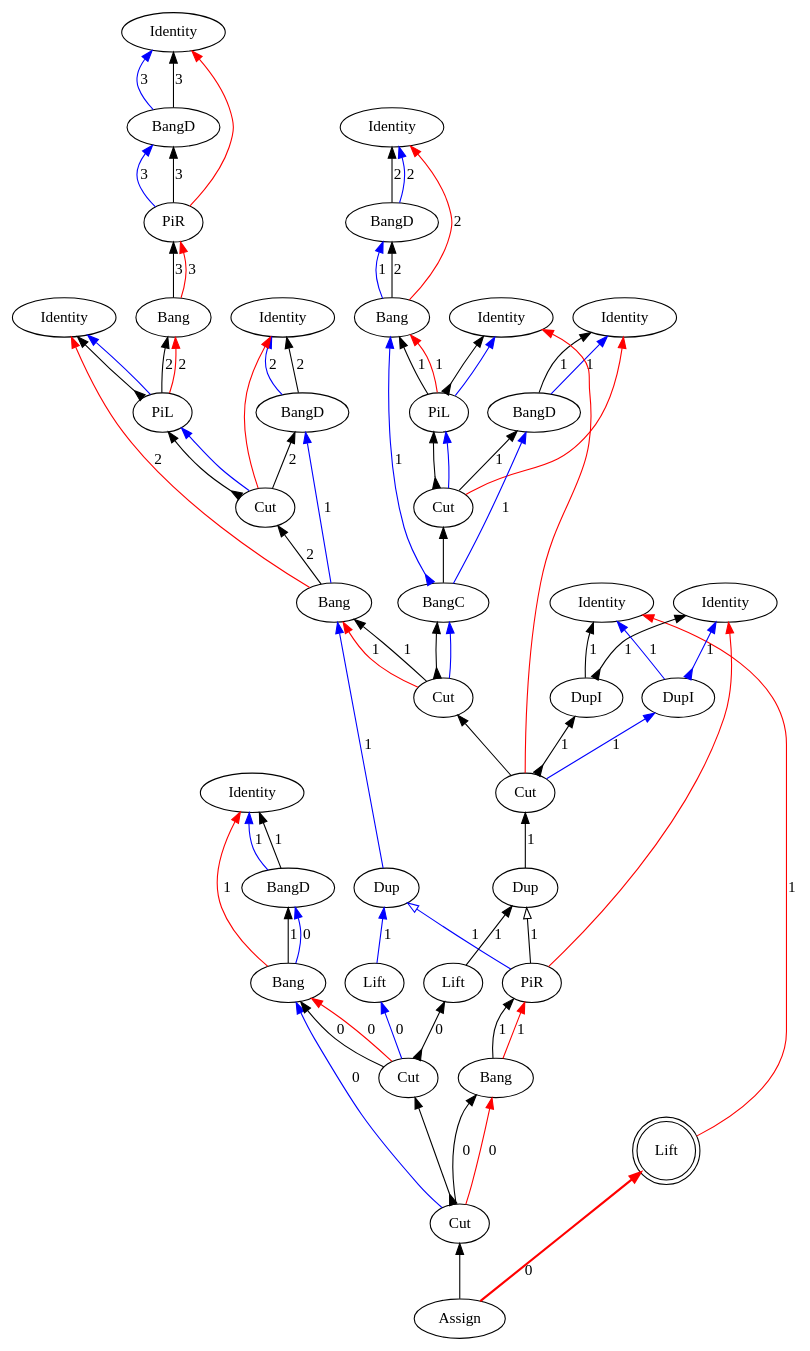
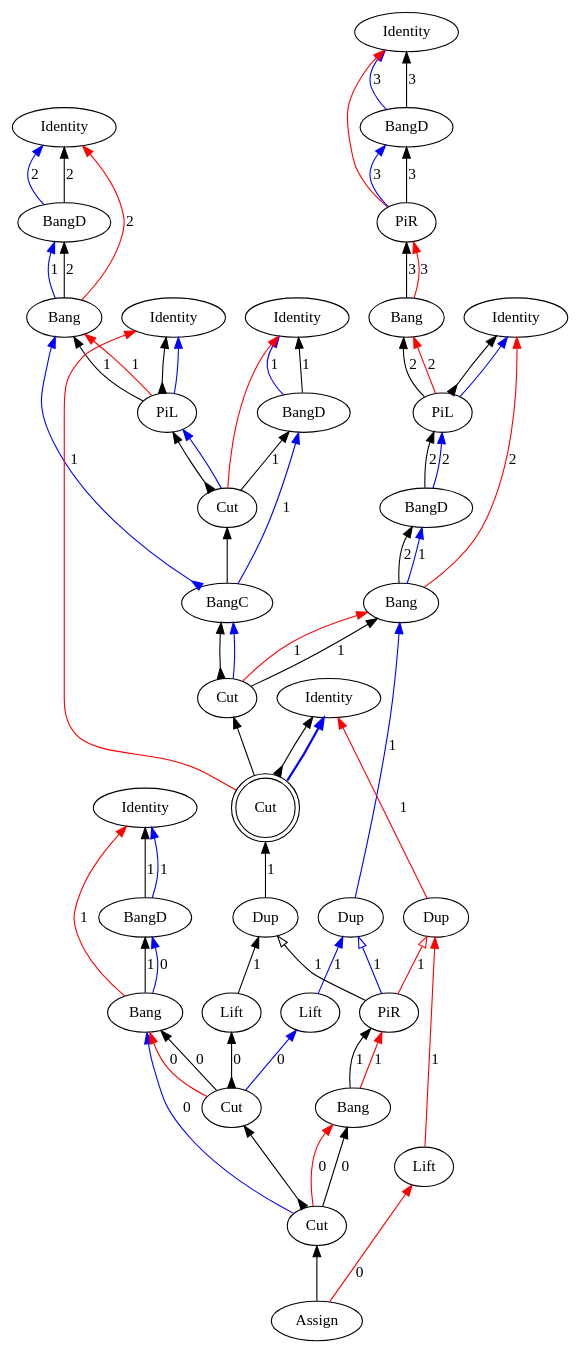
The diagram in src/core/graphs/example_m_13.dot (Mathnerd314/stroscot), drawn with Graphviz before and after one commit. The commit also changed 37 other files, not shown here.

```diff
--- a/src/core/graphs/example_m_13.dot
+++ b/src/core/graphs/example_m_13.dot
@@ -6,111 +6,100 @@
 "Bang3" [label="Bang"]
 "Identity4" [label="Identity"]
 "PiL5" [label="PiL"]
-"Identity6" [label="Identity"]
-"BangD7" [label="BangD"]
-"Cut8" [label="Cut"]
-"Bang9" [label="Bang"]
-"Identity10" [label="Identity"]
-"BangD11" [label="BangD"]
-"Bang12" [label="Bang"]
-"Identity13" [label="Identity"]
-"PiL14" [label="PiL"]
-"Identity15" [label="Identity"]
-"BangD16" [label="BangD"]
-"Cut17" [label="Cut"]
-"BangC18" [label="BangC"]
-"Identity19" [label="Identity"]
-"BangD20" [label="BangD"]
-"Bang21" [label="Bang"]
-"Assign22" [label="Assign"]
-"Cut23" [label="Cut"]
-"Cut24" [label="Cut"]
-"Bang25" [label="Bang"]
-"Cut26" [label="Cut"]
-"PiR27" [label="PiR"]
+"BangD6" [label="BangD"]
+"Bang7" [label="Bang"]
+"Identity8" [label="Identity"]
+"Identity9" [label="Identity"]
+"BangD10" [label="BangD"]
+"Bang11" [label="Bang"]
+"Identity12" [label="Identity"]
+"PiL13" [label="PiL"]
+"Identity14" [label="Identity"]
+"BangD15" [label="BangD"]
+"Cut16" [label="Cut"]
+"BangC17" [label="BangC"]
+"Identity18" [label="Identity"]
+"BangD19" [label="BangD"]
+"Bang20" [label="Bang"]
+"Assign21" [label="Assign"]
+"Cut22" [label="Cut"]
+"Cut23" [label="Cut",shape=doublecircle]
+"Bang24" [label="Bang"]
+"Cut25" [label="Cut"]
+"PiR26" [label="PiR"]
+"Dup27" [label="Dup"]
 "Dup28" [label="Dup"]
 "Dup29" [label="Dup"]
 "Lift30" [label="Lift"]
 "Lift31" [label="Lift"]
-"Lift32" [label="Lift",shape=doublecircle]
+"Lift32" [label="Lift"]
 "Cut33" [label="Cut"]
-"Identity34" [label="Identity"]
-"Identity35" [label="Identity"]
-"DupI36" [label="DupI"]
-"DupI37" [label="DupI"]
-"Bang21" -> "BangD20"[color=black,weight=5,tooltip="c_bseq24",label="1",arrowhead=normal,arrowtail=none,dir=both]
-"Bang12" -> "BangD11"[color=black,weight=5,tooltip="c_bseq58",label="2",arrowhead=normal,arrowtail=none,dir=both]
-"Bang9" -> "Cut8"[color=black,weight=5,tooltip="c_bseq67",label="2",arrowhead=normal,arrowtail=none,dir=both]
+"Bang20" -> "BangD19"[color=black,weight=5,tooltip="c_bseq24",label="1",arrowhead=normal,arrowtail=none,dir=both]
+"Bang11" -> "BangD10"[color=black,weight=5,tooltip="c_bseq58",label="2",arrowhead=normal,arrowtail=none,dir=both]
+"Bang7" -> "BangD6"[color=black,weight=5,tooltip="c_bseq67",label="2",arrowhead=normal,arrowtail=none,dir=both]
 "Bang3" -> "PiR2"[color=black,weight=5,tooltip="c_bseq79",label="3",arrowhead=normal,arrowtail=none,dir=both]
-"Bang25" -> "PiR27"[color=black,weight=5,tooltip="c_bseq91",label="1",arrowhead=normal,arrowtail=none,dir=both]
-"Cut17" -> "PiL14"[color=black,weight=5,tooltip="c_lseq46",arrowhead=normal,arrowtail=inv,dir=both]
-"Cut8" -> "PiL5"[color=black,weight=5,tooltip="c_lseq68",arrowhead=normal,arrowtail=inv,dir=both]
-"Cut17" -> "BangD16"[color=black,weight=5,tooltip="c_rseq47",label="1",arrowhead=normal,arrowtail=none,dir=both]
-"Cut8" -> "BangD7"[color=black,weight=5,tooltip="c_rseq69",label="2",arrowhead=normal,arrowtail=none,dir=both]
-"Cut33" -> "Bang21"[color=black,weight=5,tooltip="dseq20",label="0",arrowhead=normal,arrowtail=none,dir=both]
-"PiL14" -> "Bang12"[color=black,weight=5,tooltip="dseq54",label="1",arrowhead=normal,arrowtail=none,dir=both]
-"Cut23" -> "Bang9"[color=black,weight=5,tooltip="dseq63",label="1",arrowhead=normal,arrowtail=none,dir=both]
+"Bang24" -> "PiR26"[color=black,weight=5,tooltip="c_bseq91",label="1",arrowhead=normal,arrowtail=none,dir=both]
+"Cut16" -> "PiL13"[color=black,weight=5,tooltip="c_lseq46",arrowhead=normal,arrowtail=inv,dir=both]
+"Cut16" -> "BangD15"[color=black,weight=5,tooltip="c_rseq47",label="1",arrowhead=normal,arrowtail=none,dir=both]
+"Cut33" -> "Bang20"[color=black,weight=5,tooltip="dseq20",label="0",arrowhead=normal,arrowtail=none,dir=both]
+"PiL13" -> "Bang11"[color=black,weight=5,tooltip="dseq54",label="1",arrowhead=normal,arrowtail=none,dir=both]
+"Cut22" -> "Bang7"[color=black,weight=5,tooltip="dseq63",label="1",arrowhead=normal,arrowtail=none,dir=both]
 "PiL5" -> "Bang3"[color=black,weight=5,tooltip="dseq76",label="2",arrowhead=normal,arrowtail=none,dir=both]
-"Cut26" -> "Bang25"[color=black,weight=5,tooltip="dseq93",label="0",arrowhead=normal,arrowtail=none,dir=both]
-"Lift31" -> "Dup29"[color=blue,weight=2,tooltip="h101",label="1",arrowhead=normal,arrowtail=none,dir=both]
-"PiR27" -> "Dup29"[color=blue,weight=2,tooltip="h105",label="1",arrowhead=onormal,arrowtail=none,dir=both]
+"Cut25" -> "Bang24"[color=black,weight=5,tooltip="dseq93",label="0",arrowhead=normal,arrowtail=none,dir=both]
+"Lift31" -> "Dup28"[color=blue,weight=2,tooltip="h101",label="1",arrowhead=normal,arrowtail=none,dir=both]
+"PiR26" -> "Dup28"[color=blue,weight=2,tooltip="h105",label="1",arrowhead=onormal,arrowtail=none,dir=both]
 "Cut33" -> "Lift31"[color=blue,weight=2,tooltip="h109",label="0",arrowhead=normal,arrowtail=none,dir=both]
-"Dup29" -> "Bang9"[color=blue,weight=2,tooltip="h34",label="1",arrowhead=normal,arrowtail=none,dir=both]
-"Bang9" -> "BangD7"[color=blue,weight=2,tooltip="hf65",label="1",arrowhead=normal,arrowtail=none,dir=both]
-"BangD7" -> "Identity6"[color=blue,weight=2,tooltip="hret73",label="2",arrowhead=normal,arrowtail=none,dir=both]
-"BangD7" -> "Identity6"[color=black,weight=5,tooltip="hseq72",label="2",arrowhead=normal,arrowtail=none,dir=both]
+"Dup28" -> "Bang7"[color=blue,weight=2,tooltip="h34",label="1",arrowhead=normal,arrowtail=none,dir=both]
+"Bang7" -> "BangD6"[color=blue,weight=2,tooltip="hf65",label="1",arrowhead=normal,arrowtail=none,dir=both]
+"BangD6" -> "PiL5"[color=black,weight=5,tooltip="hseq72",label="2",arrowhead=normal,arrowtail=none,dir=both]
 "PiR2" -> "BangD1"[color=blue,weight=2,tooltip="i81",label="3",arrowhead=normal,arrowtail=none,dir=both]
-"DupI36" -> "Identity34"[color=black,weight=5,tooltip="idseq113",label="1",arrowhead=normal,arrowtail=none,dir=both]
-"DupI36" -> "Identity35"[color=black,weight=5,tooltip="idseq115",label="1",arrowhead=normal,arrowtail=inv,dir=both]
-"PiL14" -> "Identity13"[color=black,weight=5,tooltip="idseq55",arrowhead=normal,arrowtail=inv,dir=both]
-"Cut24" -> "DupI36"[color=black,weight=5,tooltip="idseq64",label="1",arrowhead=normal,arrowtail=inv,dir=both]
+"PiL13" -> "Identity12"[color=black,weight=5,tooltip="idseq55",arrowhead=normal,arrowtail=inv,dir=both]
+"Cut23" -> "Identity8"[color=black,weight=5,tooltip="idseq64",arrowhead=normal,arrowtail=inv,dir=both]
 "PiL5" -> "Identity4"[color=black,weight=5,tooltip="idseq77",arrowhead=normal,arrowtail=inv,dir=both]
 "BangD1" -> "Identity0"[color=blue,weight=2,tooltip="iret84",label="3",arrowhead=normal,arrowtail=none,dir=both]
 "BangD1" -> "Identity0"[color=black,weight=5,tooltip="iseq83",label="3",arrowhead=normal,arrowtail=none,dir=both]
-"DupI37" -> "Identity34"[color=blue,weight=2,tooltip="lret114",label="1",arrowhead=normal,arrowtail=none,dir=both]
-"DupI37" -> "Identity35"[color=blue,weight=2,tooltip="lret116",label="1",arrowhead=normal,arrowtail=inv,dir=both]
-"PiL14" -> "Identity13"[color=blue,weight=2,tooltip="lret53",arrowhead=normal,arrowtail=none,dir=both]
-"Cut24" -> "DupI37"[color=blue,weight=2,tooltip="lret62",label="1",arrowhead=normal,arrowtail=none,dir=both]
+"PiL13" -> "Identity12"[color=blue,weight=2,tooltip="lret53",arrowhead=normal,arrowtail=none,dir=both]
+"Cut23" -> "Identity8"[color=blue,weight=2,tooltip="lret62",arrowhead=normal,arrowtail=none,penwidth=2,dir=both]
 "PiL5" -> "Identity4"[color=blue,weight=2,tooltip="lret75",arrowhead=normal,arrowtail=none,dir=both]
-"Cut17" -> "PiL14"[color=blue,weight=2,tooltip="lval48",arrowhead=normal,arrowtail=none,dir=both]
-"Cut8" -> "PiL5"[color=blue,weight=2,tooltip="lval70",arrowhead=normal,arrowtail=none,dir=both]
-"Cut33" -> "Bang21"[color=red,weight=2,tooltip="newrret18",label="0",arrowhead=normal,arrowtail=none,dir=both]
-"PiL14" -> "Bang12"[color=red,weight=2,tooltip="newrret52",label="1",arrowhead=normal,arrowtail=none,dir=both]
-"Cut23" -> "Bang9"[color=red,weight=2,tooltip="newrret61",label="1",arrowhead=normal,arrowtail=none,dir=both]
+"Cut16" -> "PiL13"[color=blue,weight=2,tooltip="lval48",arrowhead=normal,arrowtail=none,dir=both]
+"BangD6" -> "PiL5"[color=blue,weight=2,tooltip="lval70",label="2",arrowhead=normal,arrowtail=none,dir=both]
+"Cut33" -> "Bang20"[color=red,weight=2,tooltip="newrret18",label="0",arrowhead=normal,arrowtail=none,dir=both]
+"PiL13" -> "Bang11"[color=red,weight=2,tooltip="newrret52",label="1",arrowhead=normal,arrowtail=none,dir=both]
+"Cut22" -> "Bang7"[color=red,weight=2,tooltip="newrret61",label="1",arrowhead=normal,arrowtail=none,dir=both]
 "PiL5" -> "Bang3"[color=red,weight=2,tooltip="newrret74",label="2",arrowhead=normal,arrowtail=none,dir=both]
-"Cut26" -> "Bang25"[color=red,weight=2,tooltip="newrret94",label="0",arrowhead=normal,arrowtail=none,dir=both]
-"Bang21" -> "Identity19"[color=red,weight=2,tooltip="newrretf23",label="1",arrowhead=normal,arrowtail=none,dir=both]
-"Bang12" -> "Identity10"[color=red,weight=2,tooltip="newrretf57",label="2",arrowhead=normal,arrowtail=none,dir=both]
-"Bang9" -> "Identity4"[color=red,weight=2,tooltip="newrretf66",label="2",arrowhead=normal,arrowtail=none,dir=both]
+"Cut25" -> "Bang24"[color=red,weight=2,tooltip="newrret94",label="0",arrowhead=normal,arrowtail=none,dir=both]
+"Bang20" -> "Identity18"[color=red,weight=2,tooltip="newrretf23",label="1",arrowhead=normal,arrowtail=none,dir=both]
+"Bang11" -> "Identity9"[color=red,weight=2,tooltip="newrretf57",label="2",arrowhead=normal,arrowtail=none,dir=both]
+"Bang7" -> "Identity4"[color=red,weight=2,tooltip="newrretf66",label="2",arrowhead=normal,arrowtail=none,dir=both]
 "Bang3" -> "PiR2"[color=red,weight=2,tooltip="newrretf78",label="3",arrowhead=normal,arrowtail=none,dir=both]
-"Bang25" -> "PiR27"[color=red,weight=2,tooltip="newrretf92",label="1",arrowhead=normal,arrowtail=none,dir=both]
-"Lift32" -> "Identity34"[color=red,weight=2,tooltip="ret102",label="1",arrowhead=normal,arrowtail=none,dir=both]
-"PiR27" -> "Identity35"[color=red,weight=2,tooltip="ret106",arrowhead=normal,arrowtail=none,dir=both]
-"Assign22" -> "Lift32"[color=red,weight=2,tooltip="ret110",label="0",arrowhead=normal,arrowtail=none,penwidth=2,dir=both]
-"Cut24" -> "Identity13"[color=red,weight=2,tooltip="ret42",arrowhead=normal,arrowtail=none,dir=both]
+"Bang24" -> "PiR26"[color=red,weight=2,tooltip="newrretf92",label="1",arrowhead=normal,arrowtail=none,dir=both]
+"Lift32" -> "Dup29"[color=red,weight=2,tooltip="ret102",label="1",arrowhead=normal,arrowtail=none,dir=both]
+"PiR26" -> "Dup29"[color=red,weight=2,tooltip="ret106",label="1",arrowhead=onormal,arrowtail=none,dir=both]
+"Assign21" -> "Lift32"[color=red,weight=2,tooltip="ret110",label="0",arrowhead=normal,arrowtail=none,dir=both]
+"Dup29" -> "Identity8"[color=red,weight=2,tooltip="ret35",label="1",arrowhead=normal,arrowtail=none,dir=both]
+"Cut23" -> "Identity12"[color=red,weight=2,tooltip="ret42",arrowhead=normal,arrowtail=none,dir=both]
 "PiR2" -> "Identity0"[color=red,weight=2,tooltip="ret82",arrowhead=normal,arrowtail=none,dir=both]
-"Assign22" -> "Cut26"[color=black,weight=5,tooltip="retseq0",arrowhead=normal,arrowtail=none,dir=both]
-"Cut17" -> "Identity15"[color=red,weight=2,tooltip="rval49",arrowhead=normal,arrowtail=none,dir=both]
-"Cut8" -> "Identity6"[color=red,weight=2,tooltip="rval71",arrowhead=normal,arrowtail=none,dir=both]
-"Lift30" -> "Dup28"[color=black,weight=5,tooltip="seq100",label="1",arrowhead=normal,arrowtail=none,dir=both]
-"PiR27" -> "Dup28"[color=black,weight=5,tooltip="seq104",label="1",arrowhead=onormal,arrowtail=none,dir=both]
+"Assign21" -> "Cut25"[color=black,weight=5,tooltip="retseq0",arrowhead=normal,arrowtail=none,dir=both]
+"Cut16" -> "Identity14"[color=red,weight=2,tooltip="rval49",arrowhead=normal,arrowtail=none,dir=both]
+"Lift30" -> "Dup27"[color=black,weight=5,tooltip="seq100",label="1",arrowhead=normal,arrowtail=none,dir=both]
+"PiR26" -> "Dup27"[color=black,weight=5,tooltip="seq104",label="1",arrowhead=onormal,arrowtail=none,dir=both]
 "Cut33" -> "Lift30"[color=black,weight=5,tooltip="seq108",label="0",arrowhead=normal,arrowtail=inv,dir=both]
-"Dup28" -> "Cut24"[color=black,weight=5,tooltip="seq33",label="1",arrowhead=normal,arrowtail=none,dir=both]
-"Cut23" -> "BangC18"[color=black,weight=5,tooltip="seq40",arrowhead=normal,arrowtail=inv,dir=both]
-"BangC18" -> "Cut17"[color=black,weight=5,tooltip="seq45",arrowhead=normal,arrowtail=none,dir=both]
+"Dup27" -> "Cut23"[color=black,weight=5,tooltip="seq33",label="1",arrowhead=normal,arrowtail=none,dir=both]
+"Cut22" -> "BangC17"[color=black,weight=5,tooltip="seq40",arrowhead=normal,arrowtail=inv,dir=both]
+"BangC17" -> "Cut16"[color=black,weight=5,tooltip="seq45",arrowhead=normal,arrowtail=none,dir=both]
 "PiR2" -> "BangD1"[color=black,weight=5,tooltip="seq80",label="3",arrowhead=normal,arrowtail=none,dir=both]
-"Cut26" -> "Cut33"[color=black,weight=5,tooltip="seqBC95",arrowhead=normal,arrowtail=inv,dir=both]
-"Cut24" -> "Cut23"[color=black,weight=5,tooltip="seqP86",arrowhead=normal,arrowtail=none,dir=both]
-"Cut26" -> "Bang21"[color=blue,weight=2,tooltip="xB10",label="0",arrowhead=normal,arrowtail=none,dir=both]
-"Bang21" -> "BangD20"[color=blue,weight=2,tooltip="xBf22",label="0",arrowhead=normal,arrowtail=none,dir=both]
-"BangD20" -> "Identity19"[color=blue,weight=2,tooltip="xret26",label="1",arrowhead=normal,arrowtail=none,dir=both]
-"BangD20" -> "Identity19"[color=black,weight=5,tooltip="xseq25",label="1",arrowhead=normal,arrowtail=none,dir=both]
-"Cut23" -> "BangC18"[color=blue,weight=2,tooltip="y41",arrowhead=normal,arrowtail=none,dir=both]
-"BangC18" -> "BangD16"[color=blue,weight=2,tooltip="yA43",label="1",arrowhead=normal,arrowtail=none,dir=both]
-"BangC18" -> "Bang12"[color=blue,weight=2,tooltip="yB44",label="1",arrowhead=normal,arrowtail=inv,dir=both]
-"Bang12" -> "BangD11"[color=blue,weight=2,tooltip="yBf56",label="1",arrowhead=normal,arrowtail=none,dir=both]
-"BangD16" -> "Identity15"[color=blue,weight=2,tooltip="yret51",label="1",arrowhead=normal,arrowtail=none,dir=both]
-"BangD11" -> "Identity10"[color=blue,weight=2,tooltip="yret60",label="2",arrowhead=normal,arrowtail=none,dir=both]
-"BangD16" -> "Identity15"[color=black,weight=5,tooltip="yseq50",label="1",arrowhead=normal,arrowtail=none,dir=both]
-"BangD11" -> "Identity10"[color=black,weight=5,tooltip="yseq59",label="2",arrowhead=normal,arrowtail=none,dir=both]
+"Cut25" -> "Cut33"[color=black,weight=5,tooltip="seqBC95",arrowhead=normal,arrowtail=inv,dir=both]
+"Cut23" -> "Cut22"[color=black,weight=5,tooltip="seqP86",arrowhead=normal,arrowtail=none,dir=both]
+"Cut25" -> "Bang20"[color=blue,weight=2,tooltip="xB10",label="0",arrowhead=normal,arrowtail=none,dir=both]
+"Bang20" -> "BangD19"[color=blue,weight=2,tooltip="xBf22",label="0",arrowhead=normal,arrowtail=none,dir=both]
+"BangD19" -> "Identity18"[color=blue,weight=2,tooltip="xret26",label="1",arrowhead=normal,arrowtail=none,dir=both]
+"BangD19" -> "Identity18"[color=black,weight=5,tooltip="xseq25",label="1",arrowhead=normal,arrowtail=none,dir=both]
+"Cut22" -> "BangC17"[color=blue,weight=2,tooltip="y41",arrowhead=normal,arrowtail=none,dir=both]
+"BangC17" -> "BangD15"[color=blue,weight=2,tooltip="yA43",label="1",arrowhead=normal,arrowtail=none,dir=both]
+"BangC17" -> "Bang11"[color=blue,weight=2,tooltip="yB44",label="1",arrowhead=normal,arrowtail=inv,dir=both]
+"Bang11" -> "BangD10"[color=blue,weight=2,tooltip="yBf56",label="1",arrowhead=normal,arrowtail=none,dir=both]
+"BangD15" -> "Identity14"[color=blue,weight=2,tooltip="yret51",label="1",arrowhead=normal,arrowtail=none,dir=both]
+"BangD10" -> "Identity9"[color=blue,weight=2,tooltip="yret60",label="2",arrowhead=normal,arrowtail=none,dir=both]
+"BangD15" -> "Identity14"[color=black,weight=5,tooltip="yseq50",label="1",arrowhead=normal,arrowtail=none,dir=both]
+"BangD10" -> "Identity9"[color=black,weight=5,tooltip="yseq59",label="2",arrowhead=normal,arrowtail=none,dir=both]
 }
```
